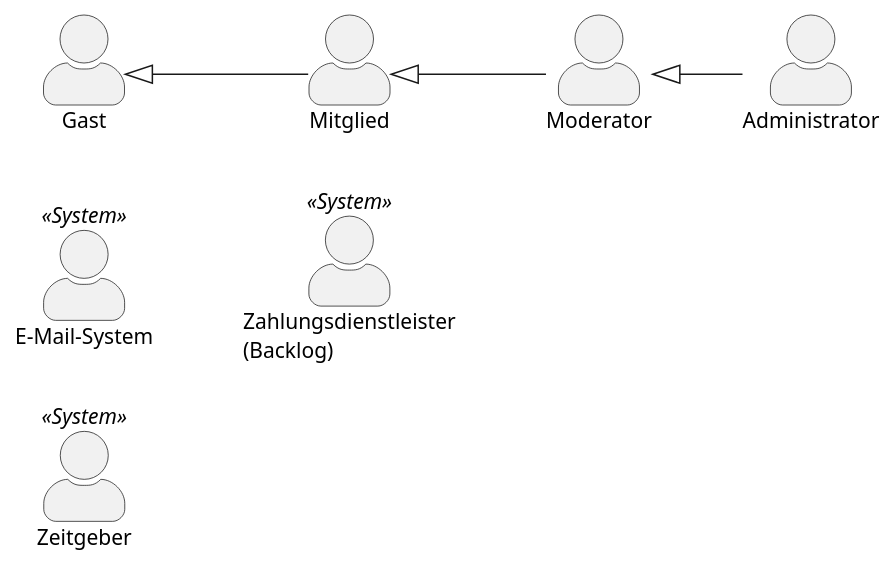
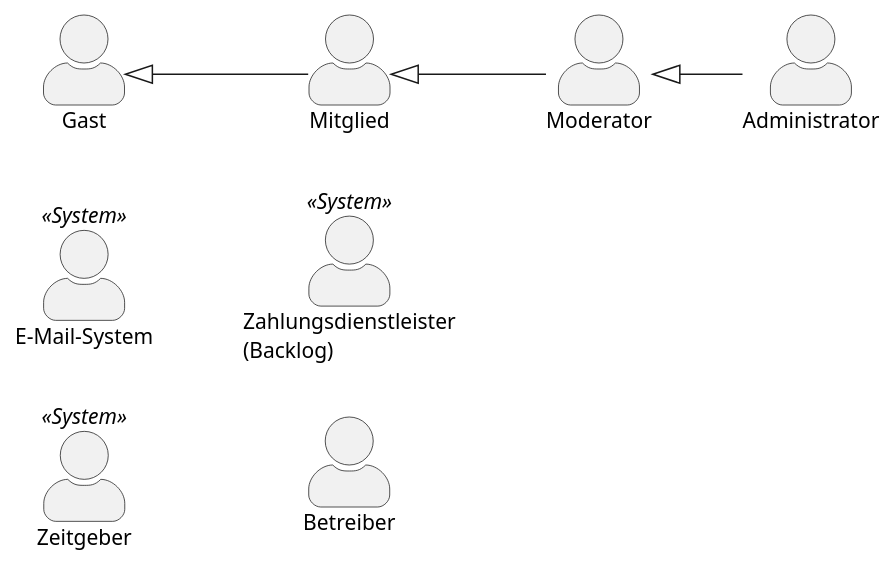
Before and after one commit to CaRo10Robert/SWeng_projekt2026: the first of 10 diagrams in docs/02-anforderungen/01-use-cases.md, drawn with PlantUML. The commit also changed other lines of this file and 67 other files, not shown here.

````diff
--- a/docs/02-anforderungen/01-use-cases.md
+++ b/docs/02-anforderungen/01-use-cases.md
@@ -32,18 +32,19 @@
 ```plantuml
 @startuml akteure
 left to right direction
 skinparam actorStyle awesome
 
 actor "Gast" as Gast
 actor "Mitglied" as Mitglied
 actor "Moderator" as Mod
 actor "Administrator" as Admin
 actor "E-Mail-System" as Mail <<System>>
 actor "Zeitgeber" as Timer <<System>>
 actor "Zahlungsdienstleister\n(Backlog)" as PSP <<System>>
+actor "Betreiber" as Ops
 
 Gast <|-- Mitglied
 Mitglied <|-- Mod
 Mod <|-- Admin
 @enduml
 ```
````
